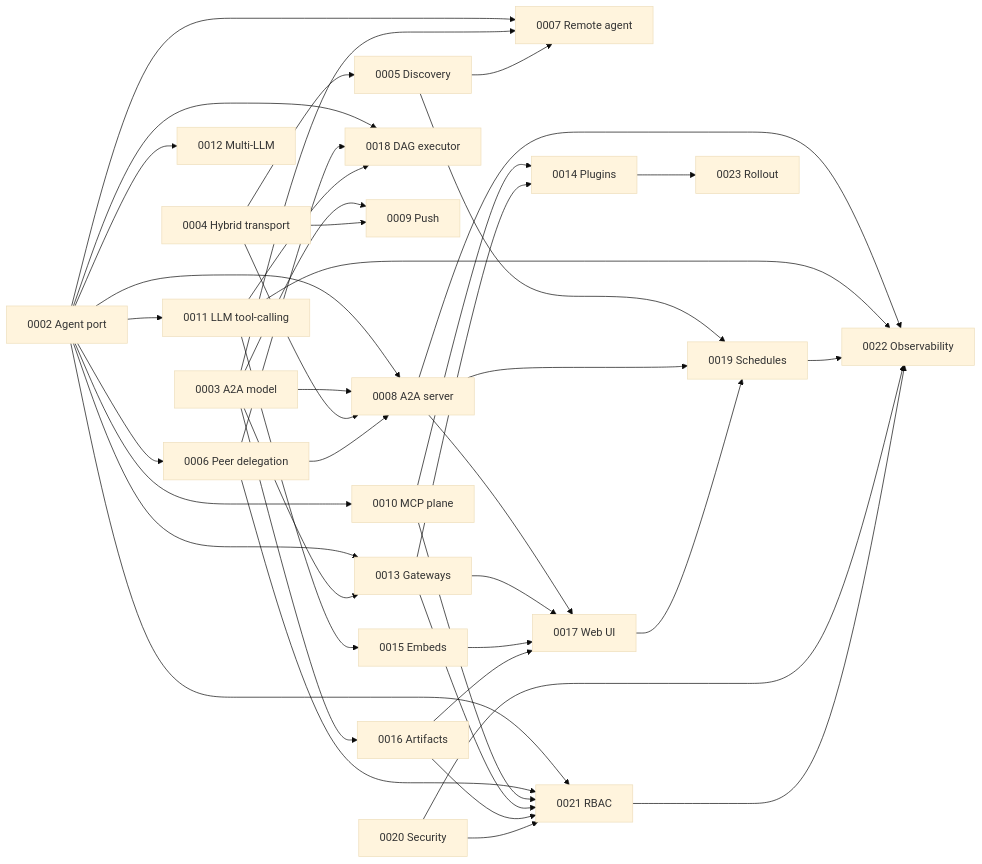
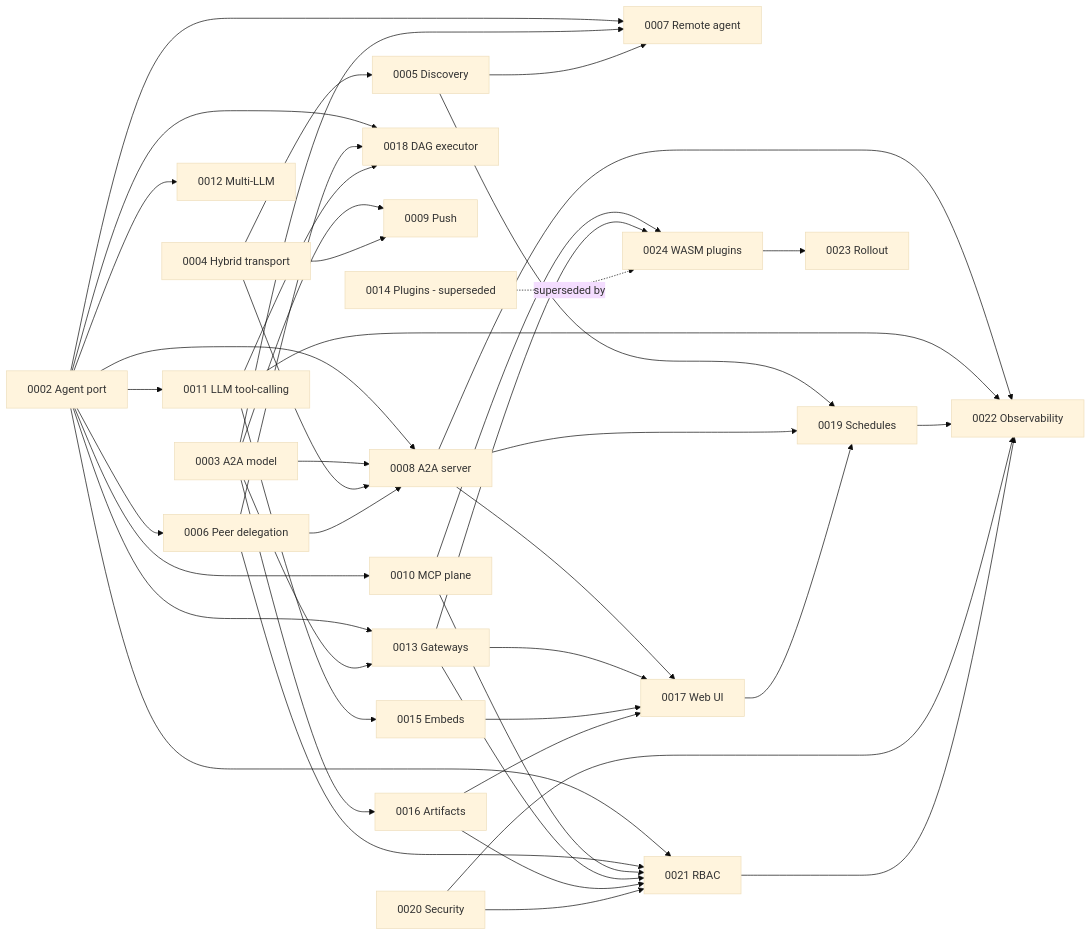
The second of 2 diagrams in docs/adrs/README.md (profencer/ork), drawn with Mermaid (base theme) before and after one commit. The commit also changed other lines of this file and 4 other files, not shown here.

````diff
--- a/docs/adrs/README.md
+++ b/docs/adrs/README.md
@@ -130,45 +131,46 @@
 ```mermaid
 flowchart LR
   ADR0002[0002 Agent port] --> ADR0011[0011 LLM tool-calling]
   ADR0002 --> ADR0006[0006 Peer delegation]
   ADR0002 --> ADR0007[0007 Remote agent]
   ADR0002 --> ADR0008[0008 A2A server]
   ADR0002 --> ADR0010[0010 MCP plane]
   ADR0002 --> ADR0012[0012 Multi-LLM]
   ADR0002 --> ADR0013[0013 Gateways]
   ADR0002 --> ADR0018[0018 DAG executor]
   ADR0002 --> ADR0021[0021 RBAC]
   ADR0003[0003 A2A model] --> ADR0007
   ADR0003 --> ADR0008
   ADR0003 --> ADR0009[0009 Push]
   ADR0003 --> ADR0013
   ADR0003 --> ADR0016[0016 Artifacts]
   ADR0004[0004 Hybrid transport] --> ADR0005[0005 Discovery]
   ADR0004 --> ADR0008
   ADR0004 --> ADR0009
   ADR0005 --> ADR0007
   ADR0005 --> ADR0019[0019 Schedules]
   ADR0006 --> ADR0008
   ADR0006 --> ADR0018
   ADR0006 --> ADR0021
   ADR0008 --> ADR0017[0017 Web UI]
   ADR0008 --> ADR0019
   ADR0008 --> ADR0022[0022 Observability]
-  ADR0010 --> ADR0014[0014 Plugins]
+  ADR0010 --> ADR0024[0024 WASM plugins]
   ADR0010 --> ADR0021
   ADR0011 --> ADR0015[0015 Embeds]
   ADR0011 --> ADR0018
   ADR0011 --> ADR0022
-  ADR0013 --> ADR0014
+  ADR0013 --> ADR0024
   ADR0013 --> ADR0017
   ADR0013 --> ADR0021
-  ADR0014 --> ADR0023[0023 Rollout]
+  ADR0024 --> ADR0023[0023 Rollout]
+  ADR0014[0014 Plugins - superseded] -.->|superseded by| ADR0024
   ADR0015 --> ADR0017
   ADR0016 --> ADR0017
   ADR0016 --> ADR0021
   ADR0017 --> ADR0019
   ADR0019 --> ADR0022
   ADR0020[0020 Security] --> ADR0021
   ADR0020 --> ADR0022
   ADR0021 --> ADR0022
 ```
````
